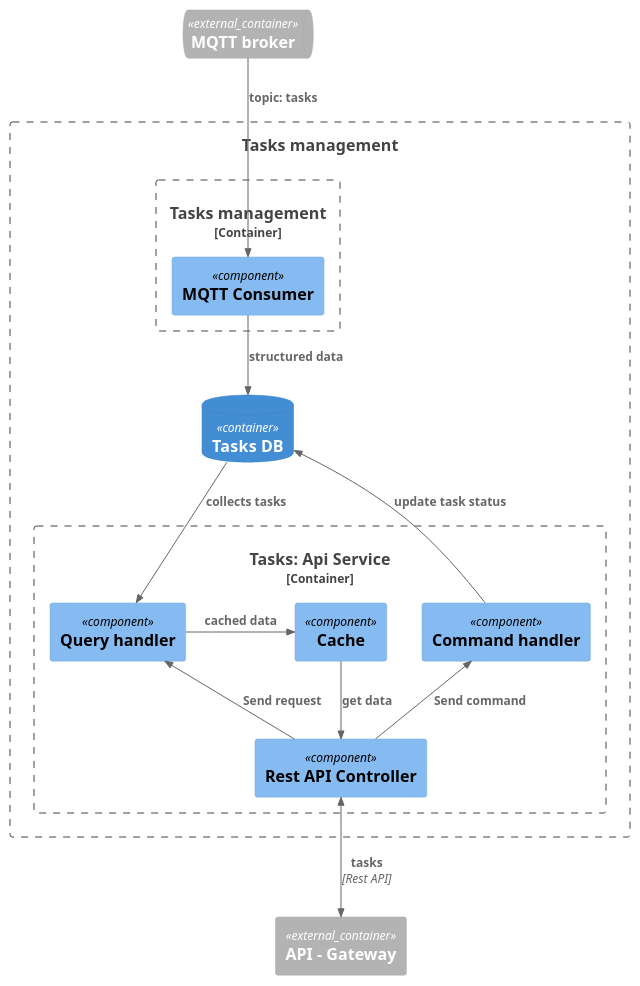
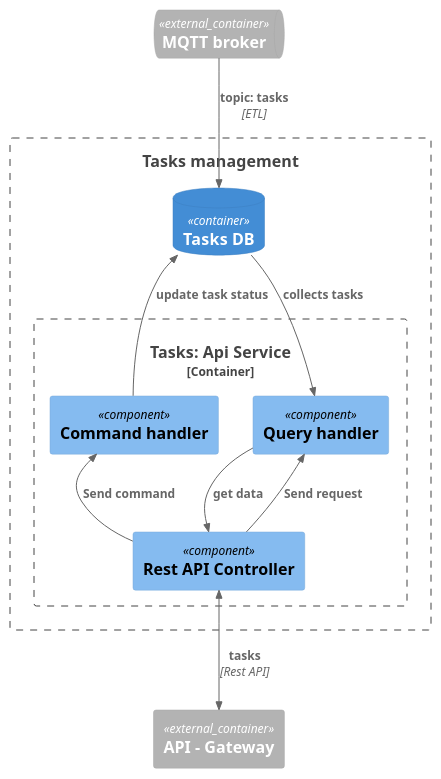
Before and after one commit to mirray/MSA-AgroTech: the diagram in Task3/ATCK_C4_Components_tasks.puml, drawn with PlantUML. The commit also changed 2 other files, not shown here.

Commit message:
task3 tasks

```diff
--- a/Task3/ATCK_C4_Components_tasks.puml
+++ b/Task3/ATCK_C4_Components_tasks.puml
@@ -1,27 +1,21 @@
 @startuml Архитектура_АвтоТехноСвиноКомплекс_v1_Tasks
 !include <C4/C4_Component>
 ContainerQueue_Ext(data_hub, "MQTT broker")
 Boundary(internal_services, "Tasks management"){
         ContainerDb(tasks_db, "Tasks DB")
-        Container_Boundary(tasks, "Tasks management"){
-            Component(tasks_historical, "MQTT Consumer") 
-            Rel_D(data_hub, tasks_historical,"topic: tasks")
-            Rel_D(tasks_historical, tasks_db, "structured data")
-        }
+        Rel_D(data_hub , tasks_db,"topic: tasks", "ETL")
         ContainerDb(tasks_db, "Tasks DB")
         Container_Boundary(tasks_api, "Tasks: Api Service"){
             Component(tasks_qh, "Query handler")
             Rel_D(tasks_db, tasks_qh, "collects tasks")
             Component(tasks_ch, "Command handler")
             Rel_U(tasks_ch, tasks_db, "update task status")
-            Component(tasks_cache, "Cache")   
-            Rel_L(tasks_qh, tasks_cache, "cached data")
             Component(tasks_controller, "Rest API Controller")
             Rel_U(tasks_controller, tasks_qh, "Send request")
             Rel_U(tasks_controller, tasks_ch, "Send command")
-            Rel_D(tasks_cache, tasks_controller, "get data")
+            Rel_D(tasks_qh, tasks_controller, "get data")
         }       
     }
     Container_Ext(api, "API - Gateway")
     BiRel_D(tasks_controller, api, "tasks", "Rest API")    
 @enduml
```
